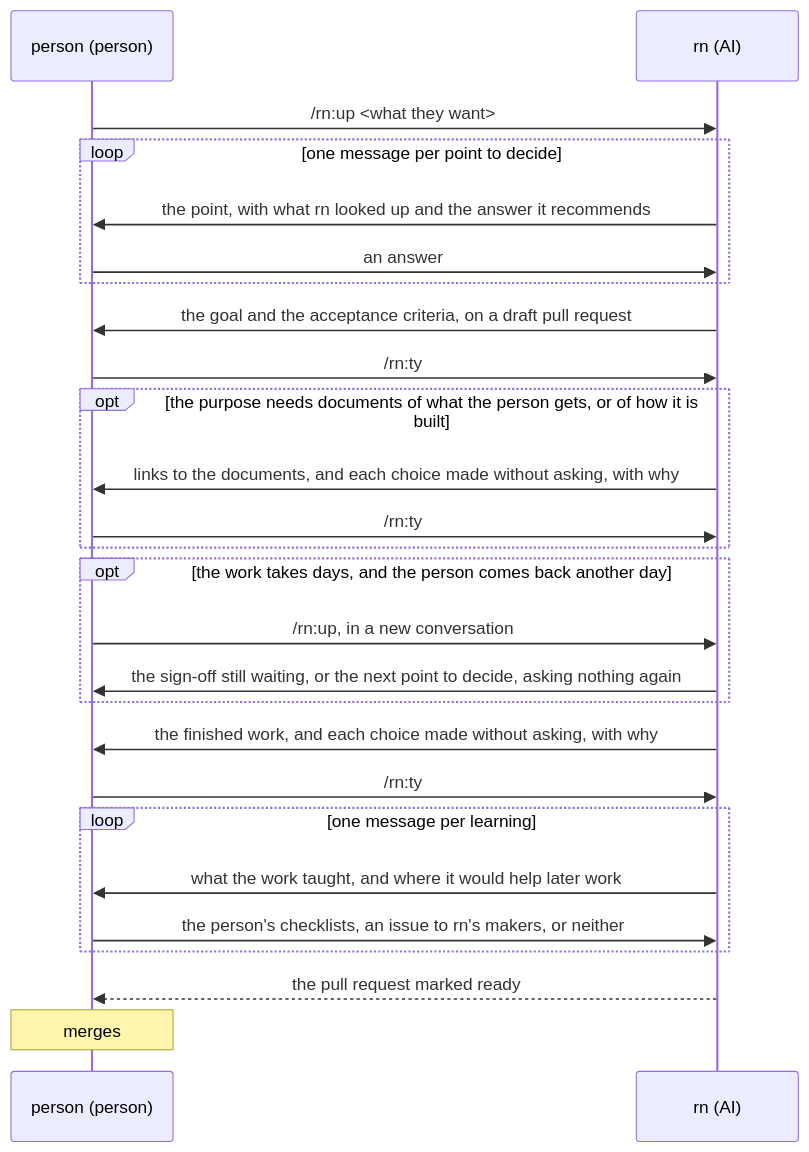
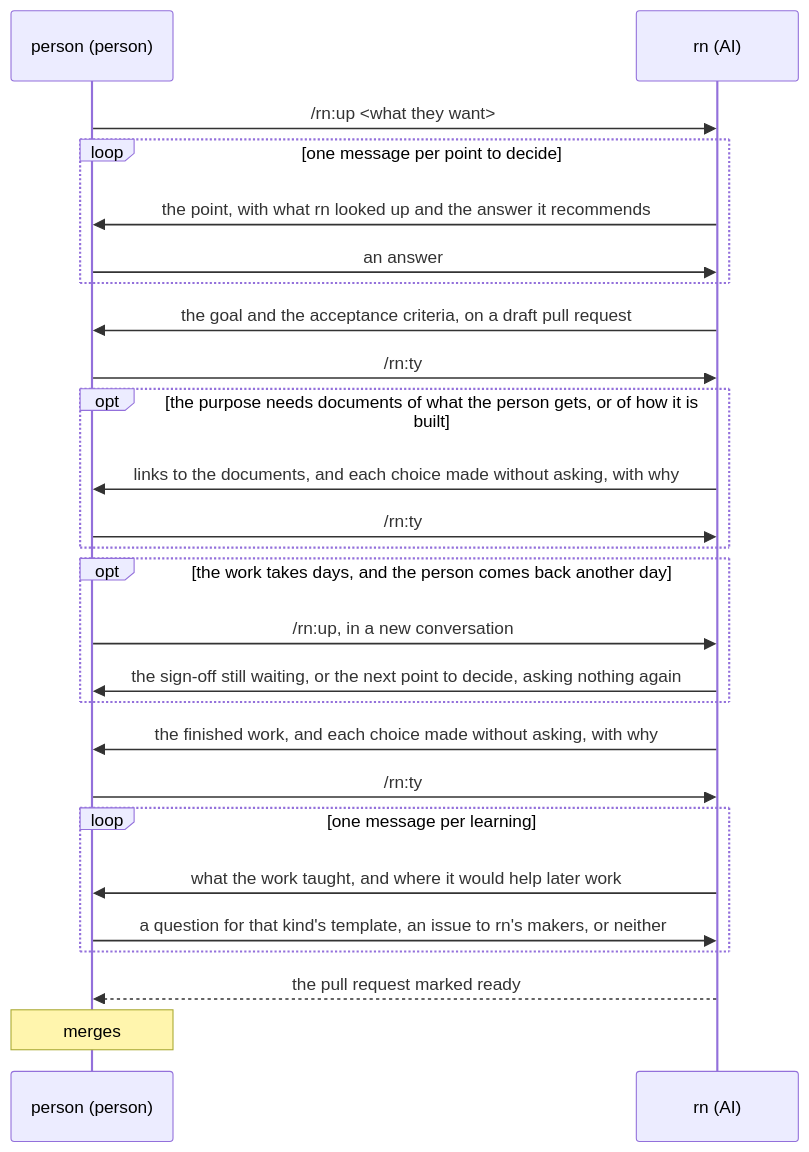
The diagram in dev/rn/ux.md (lovaizu/ccpm), drawn with Mermaid before and after one commit. The commit also changed 5 other files, not shown here.

````diff
--- a/dev/rn/ux.md
+++ b/dev/rn/ux.md
@@ -27,28 +27,28 @@
 ```mermaid
 sequenceDiagram
   participant U as person (person)
   participant R as rn (AI)
   U->>R: /rn:up <what they want>
   loop one message per point to decide
     R->>U: the point, with what rn looked up and the answer it recommends
     U->>R: an answer
   end
   R->>U: the goal and the acceptance criteria, on a draft pull request
   U->>R: /rn:ty
   opt the purpose needs documents of what the person gets, or of how it is built
     R->>U: links to the documents, and each choice made without asking, with why
     U->>R: /rn:ty
   end
   opt the work takes days, and the person comes back another day
     U->>R: /rn:up, in a new conversation
     R->>U: the sign-off still waiting, or the next point to decide, asking nothing again
   end
   R->>U: the finished work, and each choice made without asking, with why
   U->>R: /rn:ty
   loop one message per learning
     R->>U: what the work taught, and where it would help later work
-    U->>R: the person's checklists, an issue to rn's makers, or neither
+    U->>R: a question for that kind's template, an issue to rn's makers, or neither
   end
   R-->>U: the pull request marked ready
   Note over U: merges
 ```
````
